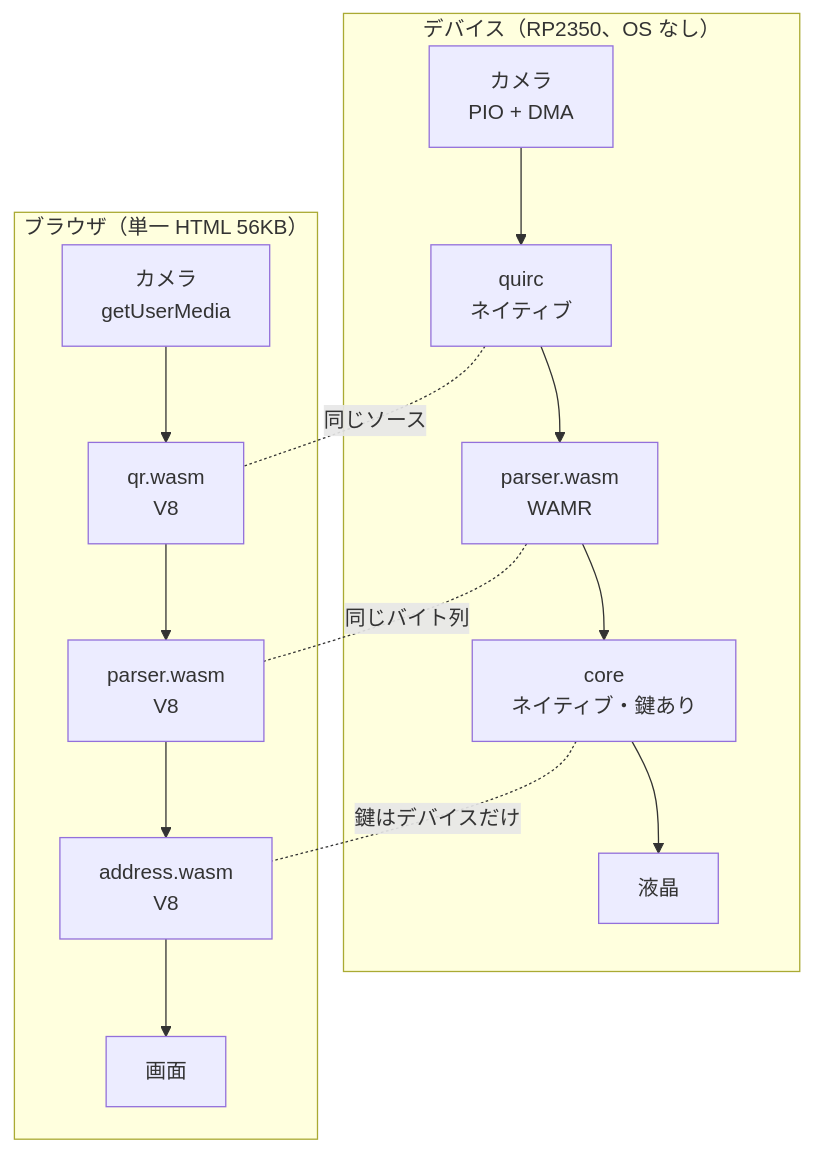
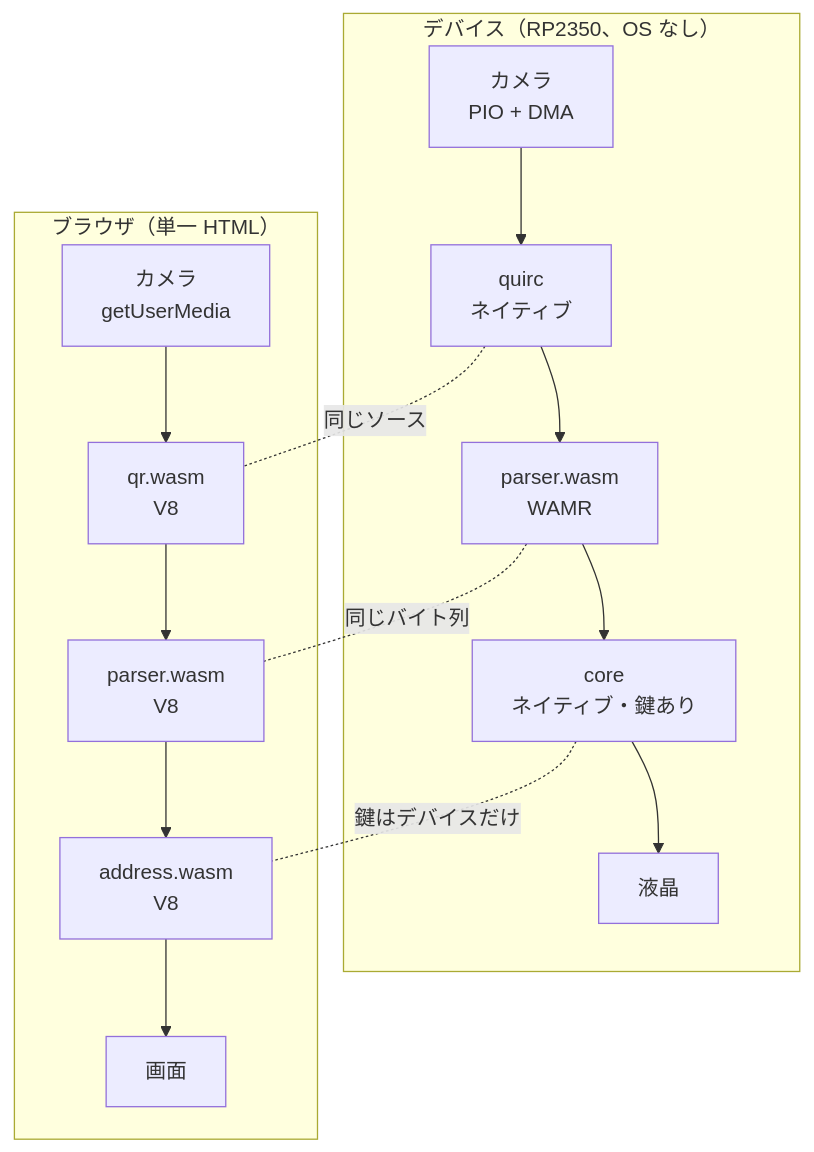
One commit to habakan/jitsu-in-pico changed the first of 2 diagrams in docs/everywhere.md. Above: the diagram before and after it, drawn with Mermaid. The commit also changed other lines of this file and 6 other files, not shown here.

````diff
--- a/docs/everywhere.md
+++ b/docs/everywhere.md
@@ -80,14 +11,14 @@
 ```mermaid
 flowchart TB
     subgraph dev["デバイス（RP2350、OS なし）"]
         d1["カメラ<br/>PIO + DMA"] --> d2["quirc<br/>ネイティブ"] --> d3["parser.wasm<br/>WAMR"] --> d4["core<br/>ネイティブ・鍵あり"] --> d5["液晶"]
     end
 
-    subgraph web["ブラウザ（単一 HTML 56KB）"]
+    subgraph web["ブラウザ（単一 HTML）"]
         b1["カメラ<br/>getUserMedia"] --> b2["qr.wasm<br/>V8"] --> b3["parser.wasm<br/>V8"] --> b4["address.wasm<br/>V8"] --> b5["画面"]
     end
 
     d3 -. "同じバイト列" .- b3
     d2 -. "同じソース" .- b2
     d4 -. "鍵はデバイスだけ" .- b4
 ```
````
